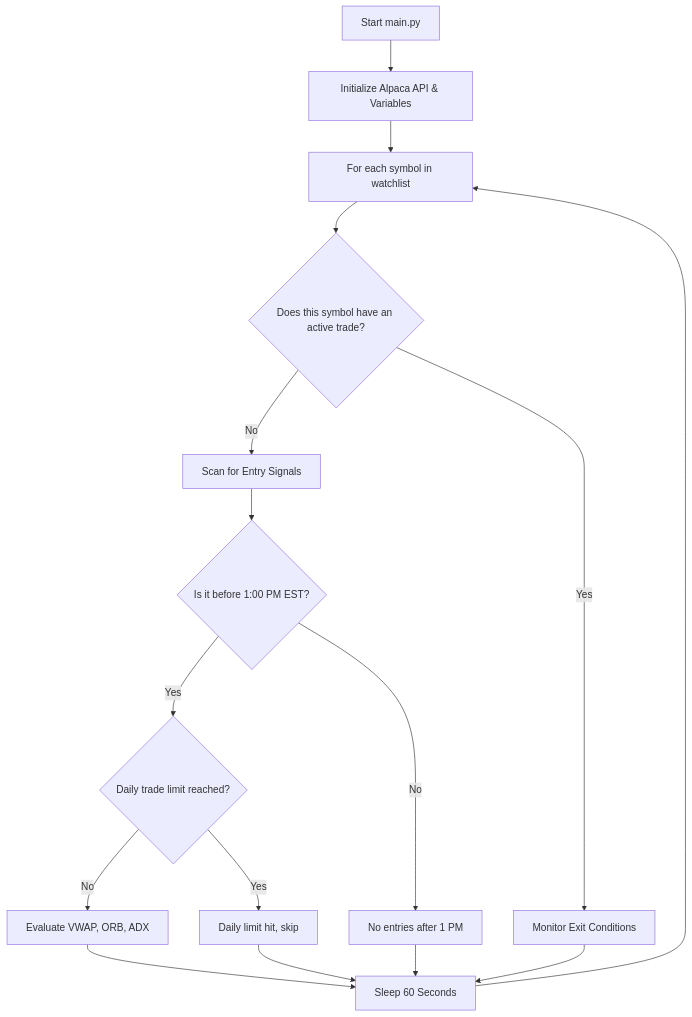
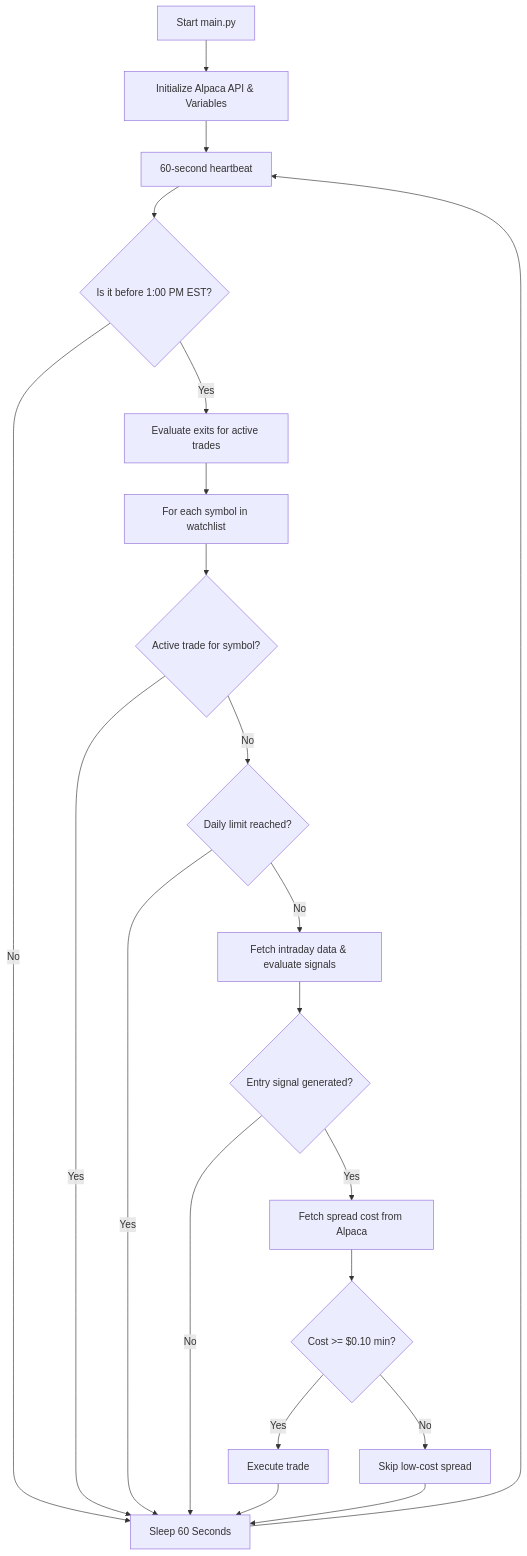
Before and after one commit to rakeshnemani/0dte: the first of 3 diagrams in docs/HOW_IT_WORKS.md, drawn with Mermaid. The commit also changed other lines of this file and 3 other files, not shown here.

````diff
--- a/docs/HOW_IT_WORKS.md
+++ b/docs/HOW_IT_WORKS.md
@@ -19,18 +19,23 @@
 ```mermaid
 graph TD
     Start[Start main.py] --> Init[Initialize Alpaca API & Variables]
-    Init --> Loop[For each symbol in watchlist]
-    Loop --> HasTrade{Does this symbol have an active trade?}
-    HasTrade -- No --> Scan[Scan for Entry Signals]
-    Scan --> TimeCheck{Is it before 1:00 PM EST?}
-    TimeCheck -- Yes --> DailyCheck{Daily trade limit reached?}
-    TimeCheck -- No --> NoEntry[No entries after 1 PM]
-    DailyCheck -- No --> EvalSignals[Evaluate VWAP, ORB, ADX]
-    DailyCheck -- Yes --> LimitReached[Daily limit hit, skip]
-    EvalSignals --> Sleep[Sleep 60 Seconds]
-    NoEntry --> Sleep
-    LimitReached --> Sleep
-    HasTrade -- Yes --> Monitor[Monitor Exit Conditions]
-    Monitor --> Sleep
+    Init --> Loop[60-second heartbeat]
+    Loop --> TimeCheck{Is it before 1:00 PM EST?}
+    TimeCheck -- No --> Sleep[Sleep 60 Seconds]
+    TimeCheck -- Yes --> ExitCheck[Evaluate exits for active trades]
+    ExitCheck --> ForEach[For each symbol in watchlist]
+    ForEach --> HasTrade{Active trade for symbol?}
+    HasTrade -- Yes --> Sleep
+    HasTrade -- No --> DailyCheck{Daily limit reached?}
+    DailyCheck -- Yes --> Sleep
+    DailyCheck -- No --> Scan[Fetch intraday data & evaluate signals]
+    Scan --> SignalFound{Entry signal generated?}
+    SignalFound -- No --> Sleep
+    SignalFound -- Yes --> FetchSpread[Fetch spread cost from Alpaca]
+    FetchSpread --> CostCheck{Cost >= $0.10 min?}
+    CostCheck -- No --> SkipLow[Skip low-cost spread]
+    CostCheck -- Yes --> Execute[Execute trade]
+    Execute --> Sleep
+    SkipLow --> Sleep
     Sleep --> Loop
 ```
````
